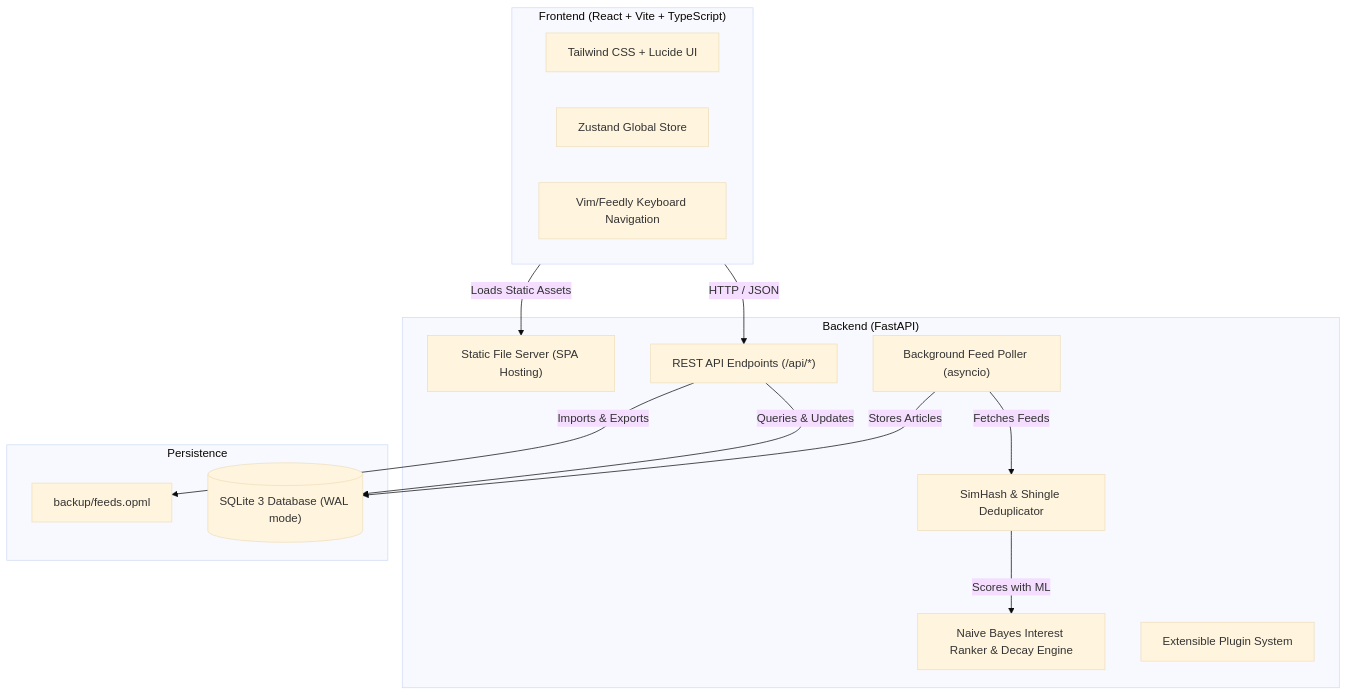
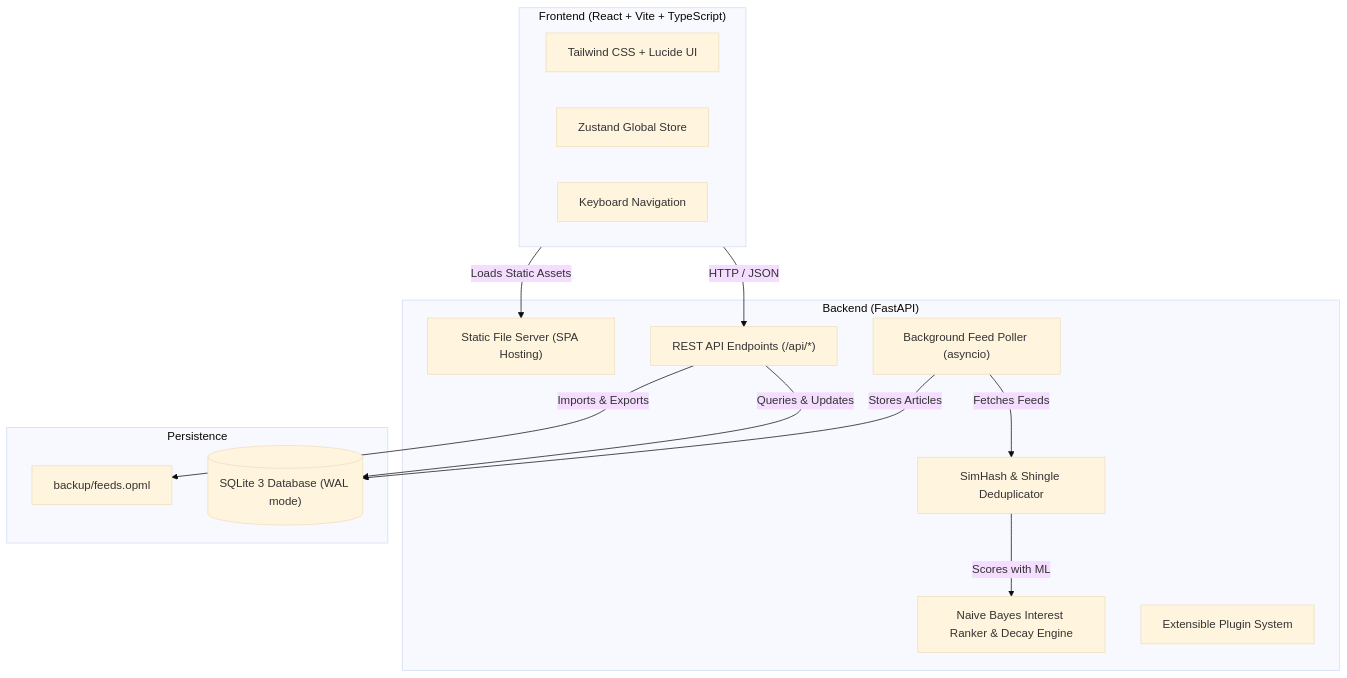
Before and after one commit to schdef/feeda: the diagram in README.md, drawn with Mermaid (base theme). The commit also changed other lines of this file and 20 other files, not shown here.

````diff
--- a/README.md
+++ b/README.md
@@ -165,30 +165,30 @@
 ```mermaid
 flowchart TD
     subgraph Client["Frontend (React + Vite + TypeScript)"]
         UI["Tailwind CSS + Lucide UI"]
         State["Zustand Global Store"]
-        Hotkeys["Vim/Feedly Keyboard Navigation"]
+        Hotkeys["Keyboard Navigation"]
     end
 
     subgraph Server["Backend (FastAPI)"]
         API["REST API Endpoints (/api/*)"]
         Static["Static File Server (SPA Hosting)"]
         Poller["Background Feed Poller (asyncio)"]
         Ranker["Naive Bayes Interest Ranker & Decay Engine"]
         Dedup["SimHash & Shingle Deduplicator"]
         Plugins["Extensible Plugin System"]
     end
 
     subgraph Storage["Persistence"]
         DB[("SQLite 3 Database (WAL mode)")]
         OPML["backup/feeds.opml"]
     end
 
     Client -->|HTTP / JSON| API
     Client -->|Loads Static Assets| Static
     Poller -->|Fetches Feeds| Dedup
     Dedup -->|Scores with ML| Ranker
     Poller -->|Stores Articles| DB
     API -->|Queries & Updates| DB
     API -->|Imports & Exports| OPML
 ```
````
